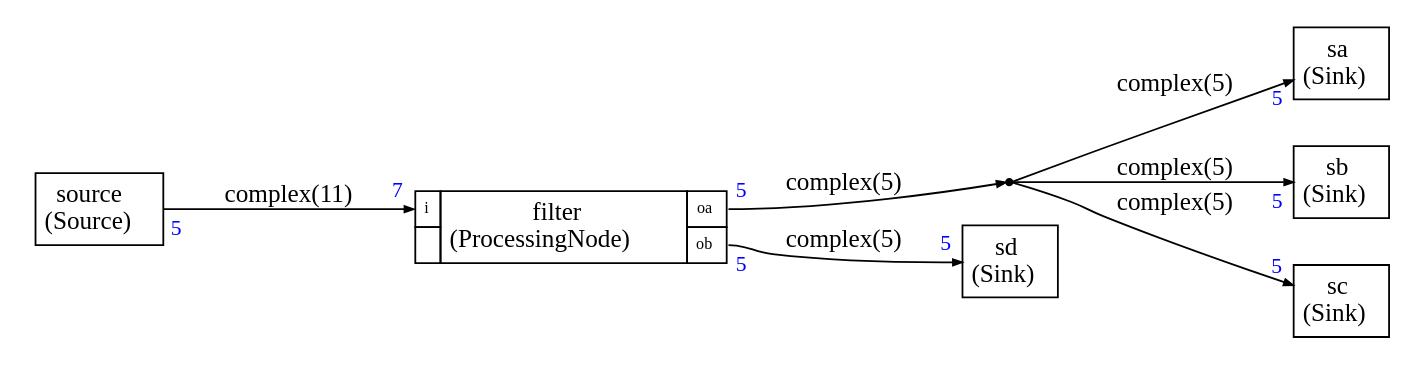
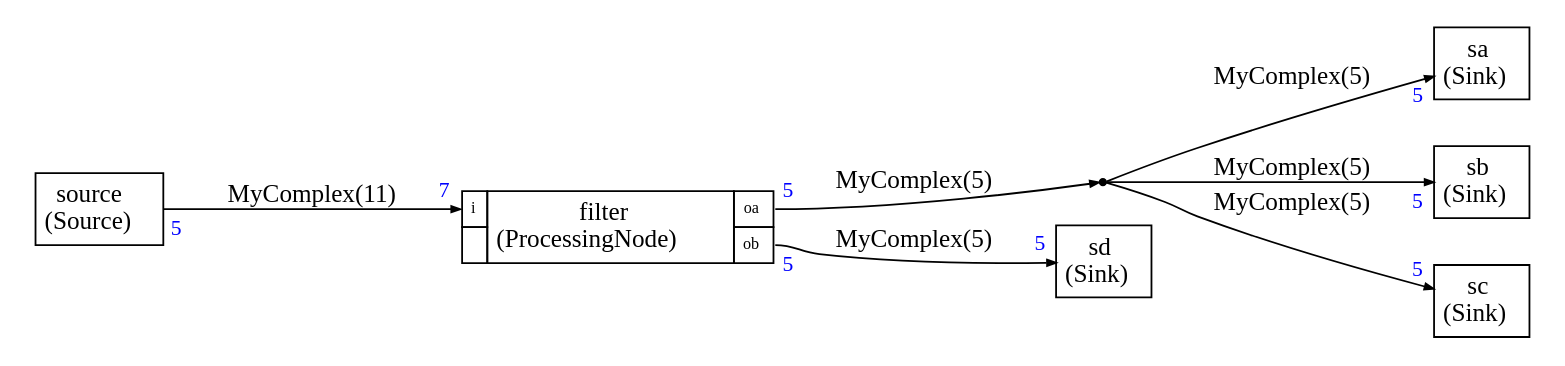
Before and after one commit to ARM-software/CMSIS-DSP: the diagram in ComputeGraph/examples/example8/test.dot, drawn with Graphviz. The commit also changed 20 other files, not shown here.

```diff
--- a/ComputeGraph/examples/example8/test.dot
+++ b/ComputeGraph/examples/example8/test.dot
@@ -1,104 +1,104 @@
 
 
 
 
 digraph structs {
     node [shape=plaintext]
     rankdir=LR
     edge [arrowsize=0.5]
     fontname="times"
 
 
 dup0 [shape=point,label=dup0]
 
 
 filter [label=<
 <TABLE BORDER="0" CELLBORDER="1" CELLSPACING="0" CELLPADDING="4">
   <TR>
     <TD PORT="i"><FONT POINT-SIZE="9.0">i</FONT></TD>
     <TD ALIGN="CENTER" ROWSPAN="2">filter<BR/>(ProcessingNode)</TD>
     <TD PORT="oa"><FONT POINT-SIZE="9.0">oa</FONT></TD>
   </TR>
 <TR>
  
 <TD></TD>
 <TD PORT="ob"><FONT POINT-SIZE="9.0">ob</FONT></TD>
 </TR>
 
 </TABLE>>];
 
 sa [label=<
 <TABLE BORDER="0" CELLBORDER="1" CELLSPACING="0" CELLPADDING="4">
   <TR>
     <TD ALIGN="CENTER" PORT="i">sa<BR/>(Sink)</TD>
   </TR>
 </TABLE>>];
 
 sb [label=<
 <TABLE BORDER="0" CELLBORDER="1" CELLSPACING="0" CELLPADDING="4">
   <TR>
     <TD ALIGN="CENTER" PORT="i">sb<BR/>(Sink)</TD>
   </TR>
 </TABLE>>];
 
 sc [label=<
 <TABLE BORDER="0" CELLBORDER="1" CELLSPACING="0" CELLPADDING="4">
   <TR>
     <TD ALIGN="CENTER" PORT="i">sc<BR/>(Sink)</TD>
   </TR>
 </TABLE>>];
 
 sd [label=<
 <TABLE BORDER="0" CELLBORDER="1" CELLSPACING="0" CELLPADDING="4">
   <TR>
     <TD ALIGN="CENTER" PORT="i">sd<BR/>(Sink)</TD>
   </TR>
 </TABLE>>];
 
 source [label=<
 <TABLE BORDER="0" CELLBORDER="1" CELLSPACING="0" CELLPADDING="4">
   <TR>
     <TD ALIGN="CENTER" PORT="i">source<BR/>(Source)</TD>
   </TR>
 </TABLE>>];
 
 
 
-source:i -> filter:i [label="complex(11)"
+source:i -> filter:i [label="MyComplex(11)"
 ,headlabel=<<TABLE BORDER="0" CELLPADDING="2"><TR><TD><FONT COLOR="blue" POINT-SIZE="12.0" >7</FONT>
 </TD></TR></TABLE>>
 ,taillabel=<<TABLE BORDER="0" CELLPADDING="2"><TR><TD><FONT COLOR="blue" POINT-SIZE="12.0" >5</FONT>
 </TD></TR></TABLE>>]
 
-filter:ob -> sd:i [label="complex(5)"
+filter:ob -> sd:i [label="MyComplex(5)"
 ,headlabel=<<TABLE BORDER="0" CELLPADDING="2"><TR><TD><FONT COLOR="blue" POINT-SIZE="12.0" >5</FONT>
 </TD></TR></TABLE>>
 ,taillabel=<<TABLE BORDER="0" CELLPADDING="2"><TR><TD><FONT COLOR="blue" POINT-SIZE="12.0" >5</FONT>
 </TD></TR></TABLE>>]
 
 filter:oa ->  
-dup0 [label="complex(5)"
+dup0 [label="MyComplex(5)"
 
 ,taillabel=<<TABLE BORDER="0" CELLPADDING="2"><TR><TD><FONT COLOR="blue" POINT-SIZE="12.0" >5</FONT>
 </TD></TR></TABLE>>]
 
  
-dup0 -> sa:i [label="complex(5)"
+dup0 -> sa:i [label="MyComplex(5)"
 ,headlabel=<<TABLE BORDER="0" CELLPADDING="2"><TR><TD><FONT COLOR="blue" POINT-SIZE="12.0" >5</FONT>
 </TD></TR></TABLE>>
 ]
 
  
-dup0 -> sb:i [label="complex(5)"
+dup0 -> sb:i [label="MyComplex(5)"
 ,headlabel=<<TABLE BORDER="0" CELLPADDING="2"><TR><TD><FONT COLOR="blue" POINT-SIZE="12.0" >5</FONT>
 </TD></TR></TABLE>>
 ]
 
  
-dup0 -> sc:i [label="complex(5)"
+dup0 -> sc:i [label="MyComplex(5)"
 ,headlabel=<<TABLE BORDER="0" CELLPADDING="2"><TR><TD><FONT COLOR="blue" POINT-SIZE="12.0" >5</FONT>
 </TD></TR></TABLE>>
 ]
 
 
 }
```
